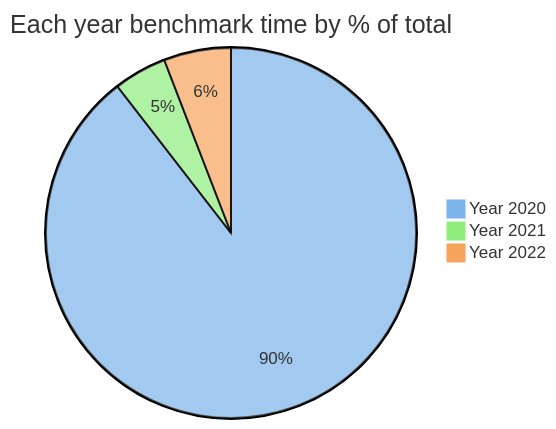
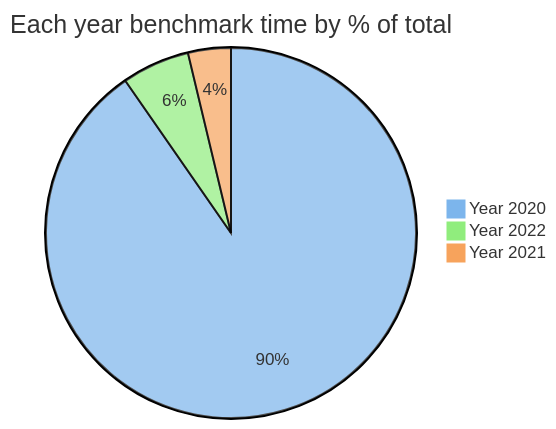
Before and after one commit to maneatingape/advent-of-code-rust: the first of 4 diagrams in README.md, drawn with Mermaid. The commit also changed other lines of this file and 1 other file, not shown here.

````diff
--- a/README.md
+++ b/README.md
@@ -45,8 +45,8 @@
 ```mermaid
 %%{init: {'theme': 'base', 'themeVariables': { 'pie1': '#7cb5ec', 'pie2': '#90ed7d', 'pie3': '#f7a35c'}}}%%
 pie
     title Each year benchmark time by % of total
     "Year 2020" : 290
-    "Year 2021" : 15
     "Year 2022" : 19
+    "Year 2021" : 12
 ```
````
